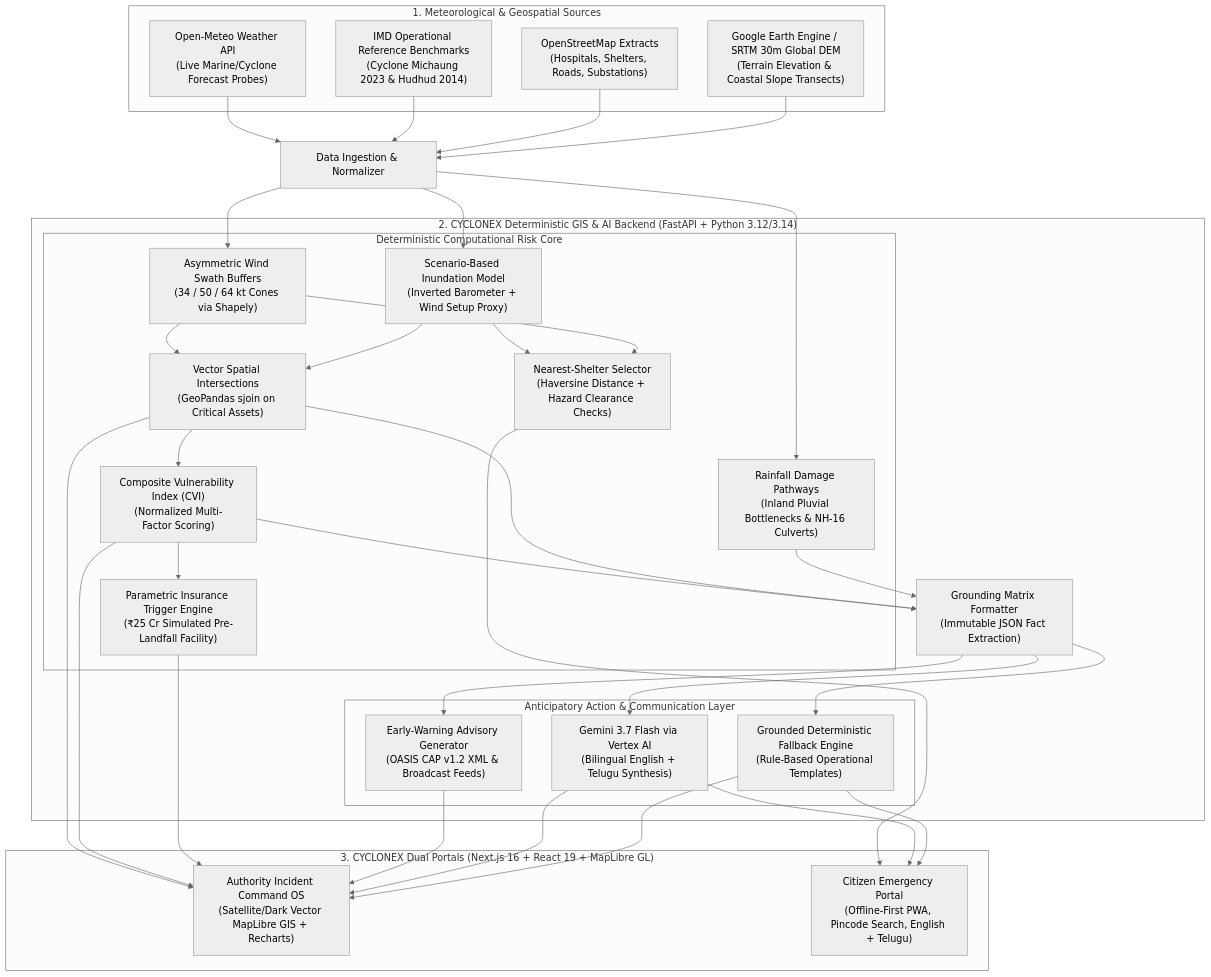
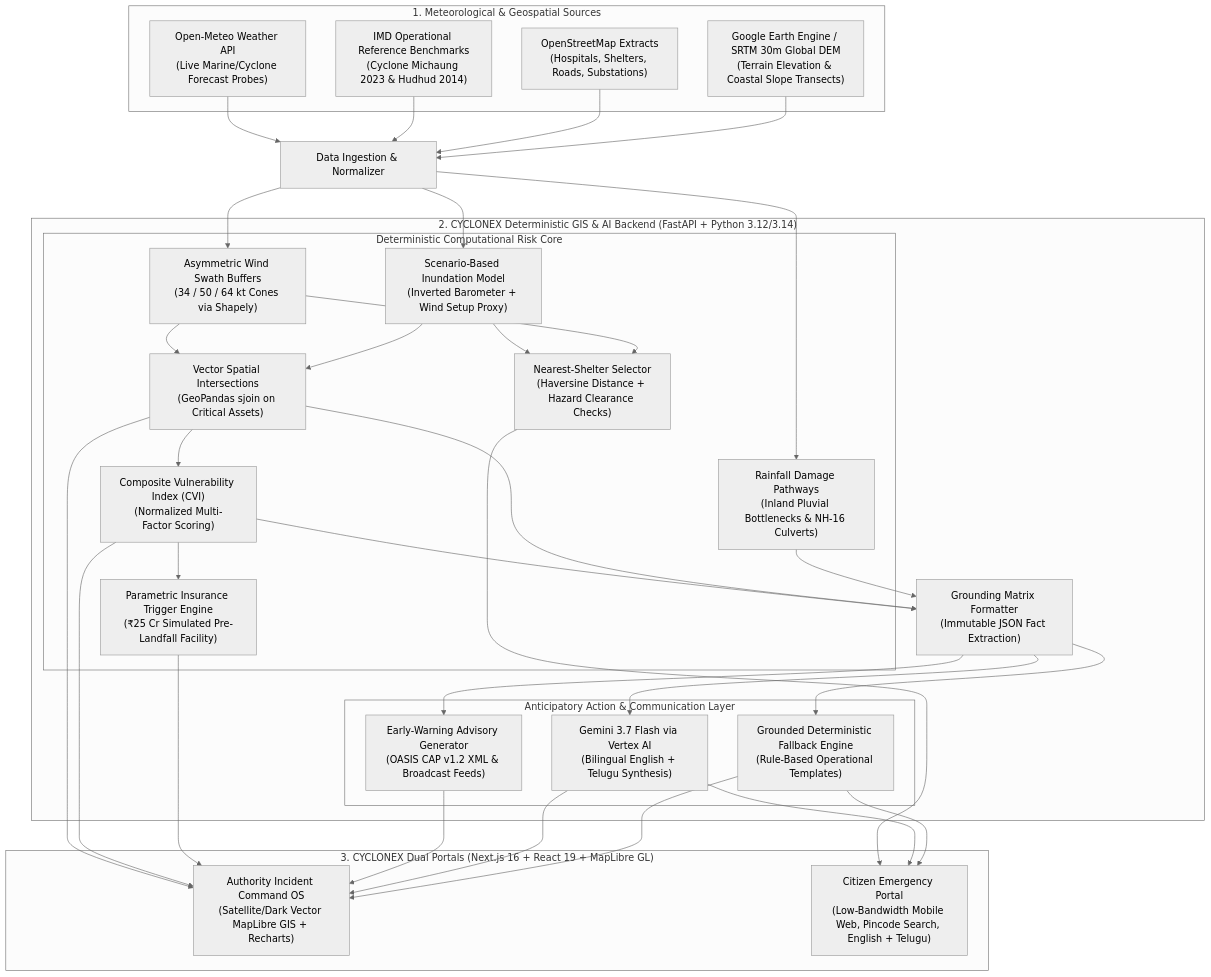
The diagram in README.md (anandkumarpv123-007/hack2skill-cyclonex-ai), drawn with Mermaid (neutral theme) before and after one commit. The commit also changed other lines of this file and 26 other files, not shown here.

````diff
--- a/README.md
+++ b/README.md
@@ -60,68 +61,68 @@
 ```mermaid
 flowchart TD
     subgraph DataSources["1. Meteorological & Geospatial Sources"]
         OPENMETEO["Open-Meteo Weather API\n(Live Marine/Cyclone Forecast Probes)"]
         IMD_BENCH["IMD Operational Reference Benchmarks\n(Cyclone Michaung 2023 & Hudhud 2014)"]
         OSM["OpenStreetMap Extracts\n(Hospitals, Shelters, Roads, Substations)"]
         GEE["Google Earth Engine / SRTM 30m Global DEM\n(Terrain Elevation & Coastal Slope Transects)"]
     end
 
     subgraph Backend["2. CYCLONEX Deterministic GIS & AI Backend (FastAPI + Python 3.12/3.14)"]
         subgraph Engine["Deterministic Computational Risk Core"]
             Wind["Asymmetric Wind Swath Buffers\n(34 / 50 / 64 kt Cones via Shapely)"]
             Surge["Scenario-Based Inundation Model\n(Inverted Barometer + Wind Setup Proxy)"]
             Spatial["Vector Spatial Intersections\n(GeoPandas sjoin on Critical Assets)"]
             Rainfall["Rainfall Damage Pathways\n(Inland Pluvial Bottlenecks & NH-16 Culverts)"]
             CVI["Composite Vulnerability Index (CVI)\n(Normalized Multi-Factor Scoring)"]
             Shelter["Nearest-Shelter Selector\n(Haversine Distance + Hazard Clearance Checks)"]
             Parametric["Parametric Insurance Trigger Engine\n(₹25 Cr Simulated Pre-Landfall Facility)"]
         end
         
         Grounding["Grounding Matrix Formatter\n(Immutable JSON Fact Extraction)"]
         
         subgraph AI["Anticipatory Action & Communication Layer"]
             Vertex["Gemini 3.7 Flash via Vertex AI\n(Bilingual English + Telugu Synthesis)"]
             Synthesizer["Grounded Deterministic Fallback Engine\n(Rule-Based Operational Templates)"]
             Dispatches["Early-Warning Advisory Generator\n(OASIS CAP v1.2 XML & Broadcast Feeds)"]
         end
     end
 
     subgraph Frontend["3. CYCLONEX Dual Portals (Next.js 16 + React 19 + MapLibre GL)"]
         Authority["Authority Incident Command OS\n(Satellite/Dark Vector MapLibre GIS + Recharts)"]
-        Citizen["Citizen Emergency Portal\n(Offline-First PWA, Pincode Search, English + Telugu)"]
+        Citizen["Citizen Emergency Portal\n(Low-Bandwidth Mobile Web, Pincode Search, English + Telugu)"]
     end
 
     OPENMETEO --> Ingest[Data Ingestion & Normalizer]
     IMD_BENCH --> Ingest
     OSM --> Ingest
     GEE --> Ingest
 
     Ingest --> Wind
     Ingest --> Surge
     Ingest --> Rainfall
     Wind --> Spatial
     Surge --> Spatial
     Spatial --> CVI
     Surge --> Shelter
     Wind --> Shelter
     
     CVI --> Grounding
     Spatial --> Grounding
     Rainfall --> Grounding
     CVI --> Parametric
     
     Grounding --> Vertex
     Grounding --> Synthesizer
     Grounding --> Dispatches
     
     Spatial --> Authority
     CVI --> Authority
     Parametric --> Authority
     Dispatches --> Authority
     Vertex --> Authority
     Synthesizer --> Authority
     
     Shelter --> Citizen
     Vertex --> Citizen
     Synthesizer --> Citizen
 ```
````
